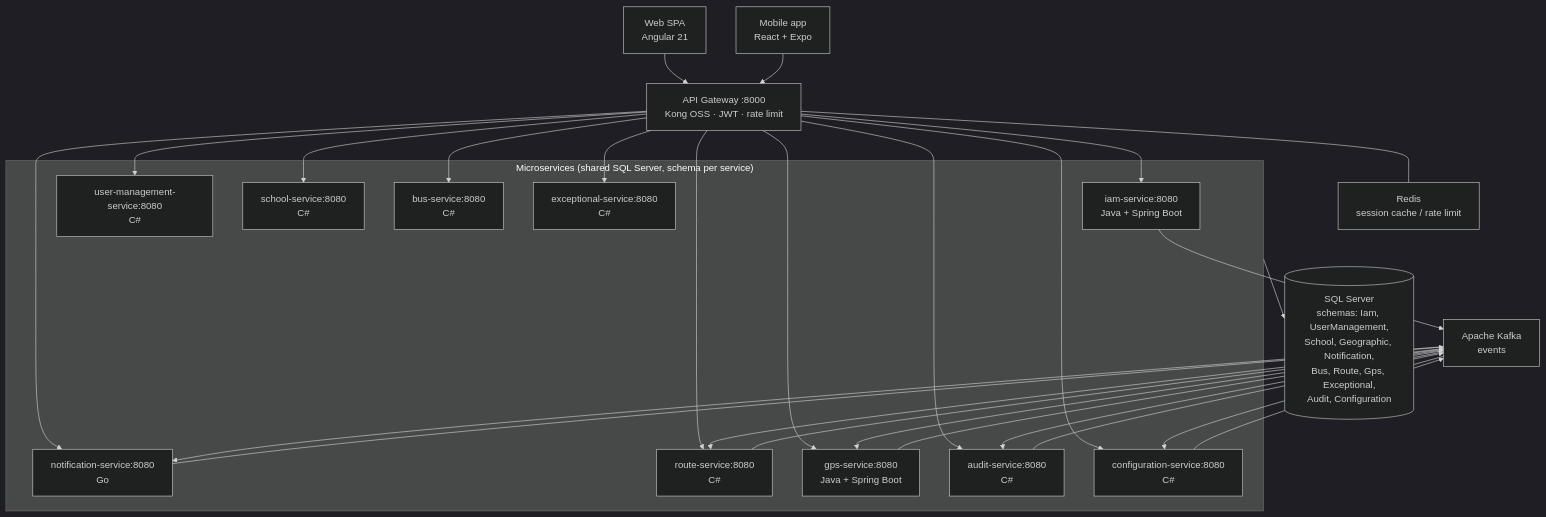
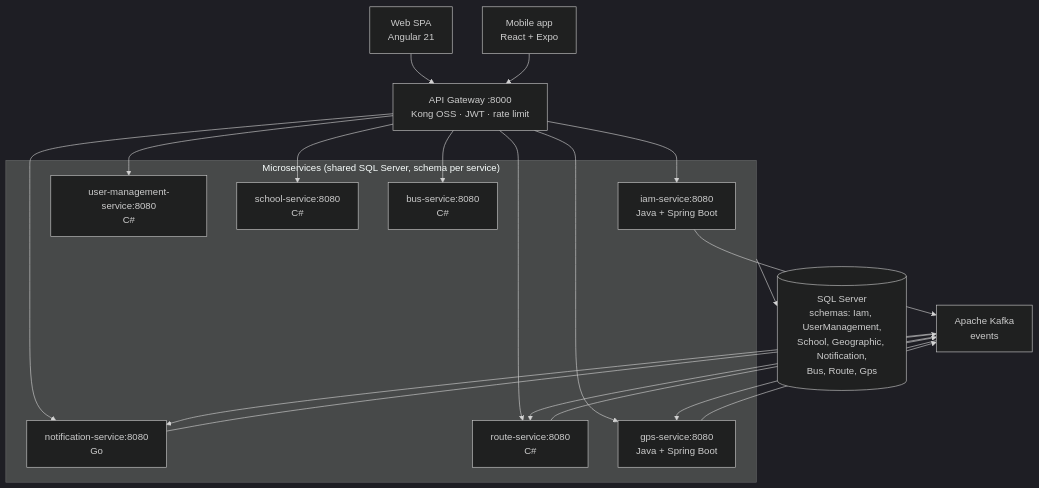
One commit to code-sena/sg-docs changed the second of 2 diagrams in 05-architecture/overview.md. Above: the diagram before and after it, drawn with Mermaid (dark theme). The commit also changed other lines of this file and 95 other files, not shown here.

First line of the commit message:
docs: sync requirements traceability, ADRs, API contracts and architecture to main (#6)

````diff
--- a/05-architecture/overview.md
+++ b/05-architecture/overview.md
@@ -72,31 +72,26 @@
 ```mermaid
 flowchart TB
   web["Web SPA<br/>Angular 21"]
   mob["Mobile app<br/>React + Expo"]
   gw["API Gateway :8000<br/>Kong OSS · JWT · rate limit"]
 
   subgraph services["Microservices (shared SQL Server, schema per service)"]
     iam["iam-service:8080<br/>Java + Spring Boot"]
     um["user-management-service:8080<br/>C#"]
     sch["school-service:8080<br/>C#"]
     notif["notification-service:8080<br/>Go"]
     bus["bus-service:8080<br/>C#"]
     rt["route-service:8080<br/>C#"]
     gps["gps-service:8080<br/>Java + Spring Boot"]
-    exc["exceptional-service:8080<br/>C#"]
-    aud["audit-service:8080<br/>C#"]
-    cfg["configuration-service:8080<br/>C#"]
   end
 
   kafka["Apache Kafka<br/>events"]
-  redis["Redis<br/>session cache / rate limit"]
-  db[("SQL Server<br/>schemas: Iam, UserManagement,<br/>School, Geographic, Notification,<br/>Bus, Route, Gps, Exceptional,<br/>Audit, Configuration")]
+  db[("SQL Server<br/>schemas: Iam, UserManagement,<br/>School, Geographic, Notification,<br/>Bus, Route, Gps")]
 
   web --> gw
   mob --> gw
-  gw --> iam & um & sch & notif & bus & rt & gps & exc & aud & cfg
-  gw --- redis
-  iam & notif & rt & gps & aud & cfg --> kafka
-  kafka --> notif & aud & cfg & rt & gps
+  gw --> iam & um & sch & notif & bus & rt & gps
+  iam & notif & rt & gps --> kafka
+  kafka --> notif & rt & gps
   services --> db
 ```
````
